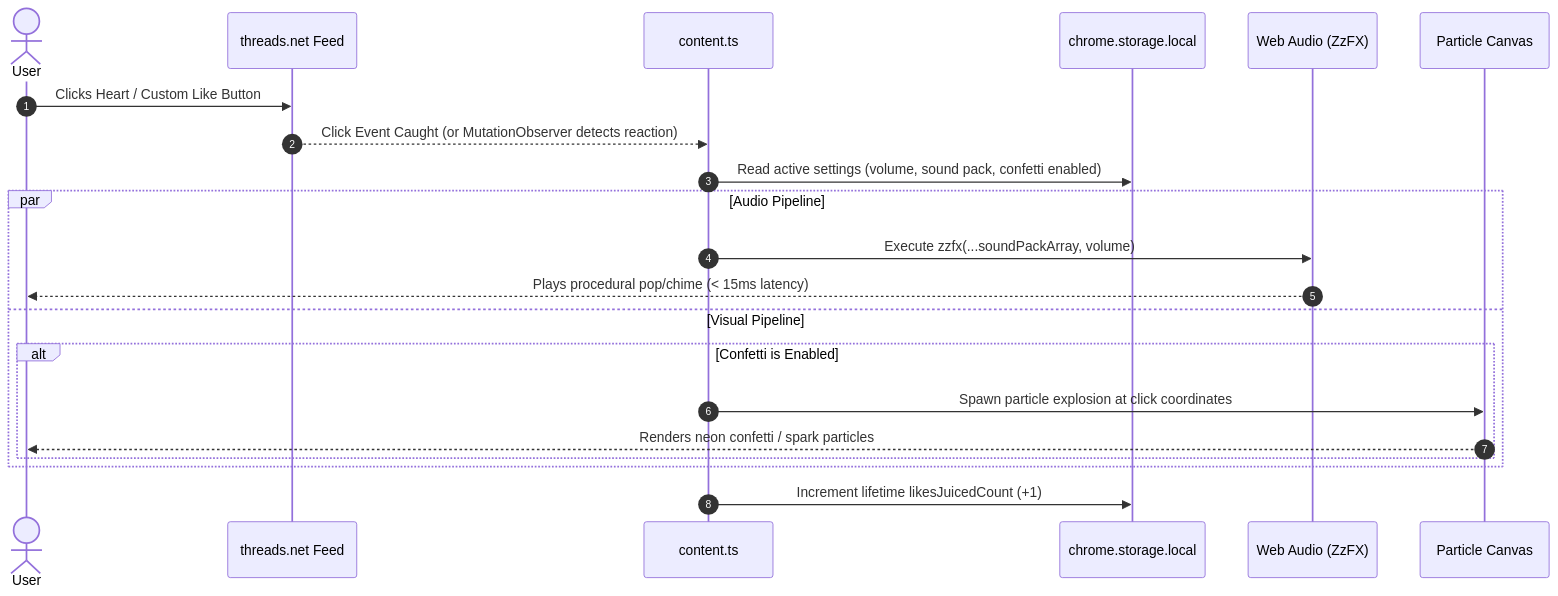
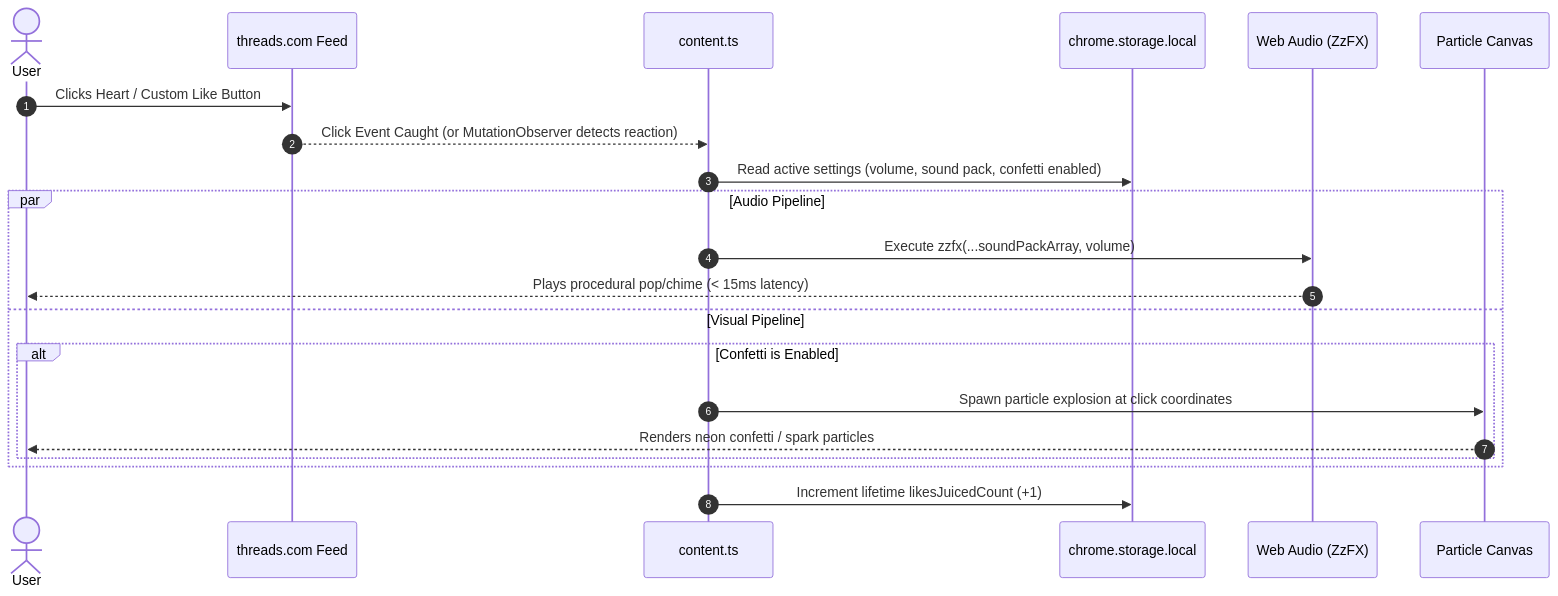
Before and after one commit to nmrisrl11/threadfx: the second of 2 diagrams in ARCHITECTURE.md, drawn with Mermaid. The commit also changed other lines of this file and 9 other files, not shown here.

Commit message:
feat: update domain to threads.com, add cross-OS documentation, and refresh all READMEs

````diff
--- a/ARCHITECTURE.md
+++ b/ARCHITECTURE.md
@@ -43,24 +43,24 @@
 ```mermaid
 sequenceDiagram
     autonumber
     actor User
-    participant Threads as threads.net Feed
+    participant Threads as threads.com Feed
     participant CS as content.ts
     participant Storage as chrome.storage.local
     participant ZzFX as Web Audio (ZzFX)
     participant Canvas as Particle Canvas
 
     User->>Threads: Clicks Heart / Custom Like Button
     Threads-->>CS: Click Event Caught (or MutationObserver detects reaction)
     CS->>Storage: Read active settings (volume, sound pack, confetti enabled)
     par Audio Pipeline
         CS->>ZzFX: Execute zzfx(...soundPackArray, volume)
         ZzFX-->>User: Plays procedural pop/chime (< 15ms latency)
     and Visual Pipeline
         alt Confetti is Enabled
             CS->>Canvas: Spawn particle explosion at click coordinates
             Canvas-->>User: Renders neon confetti / spark particles
         end
     end
     CS->>Storage: Increment lifetime likesJuicedCount (+1)
 ```
````
